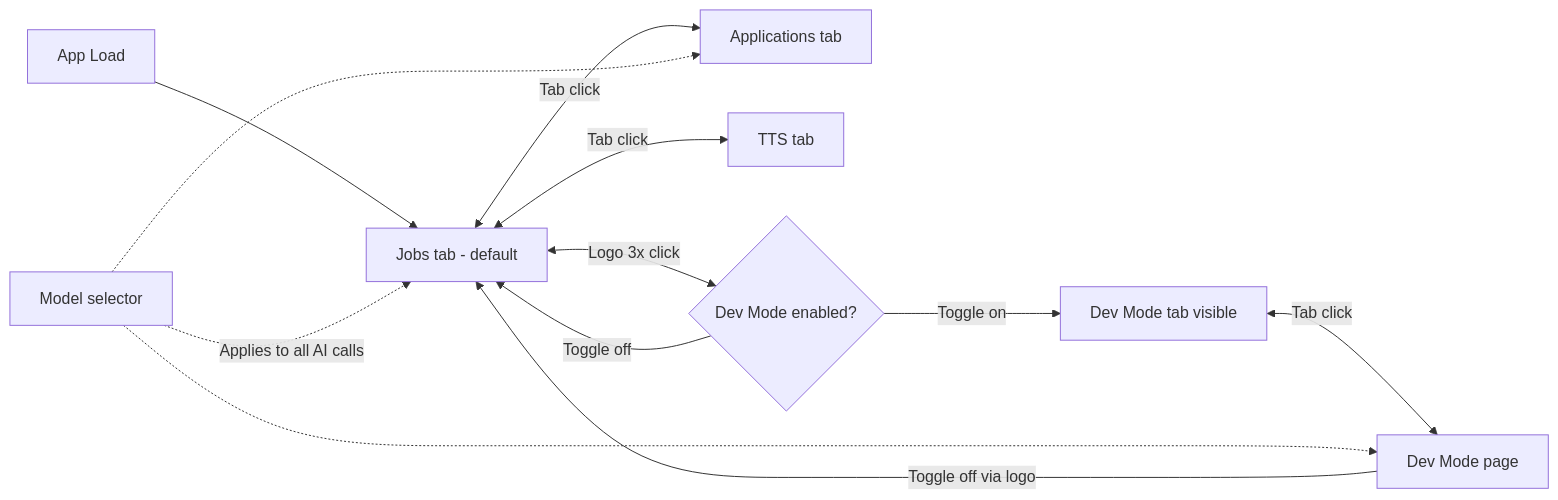
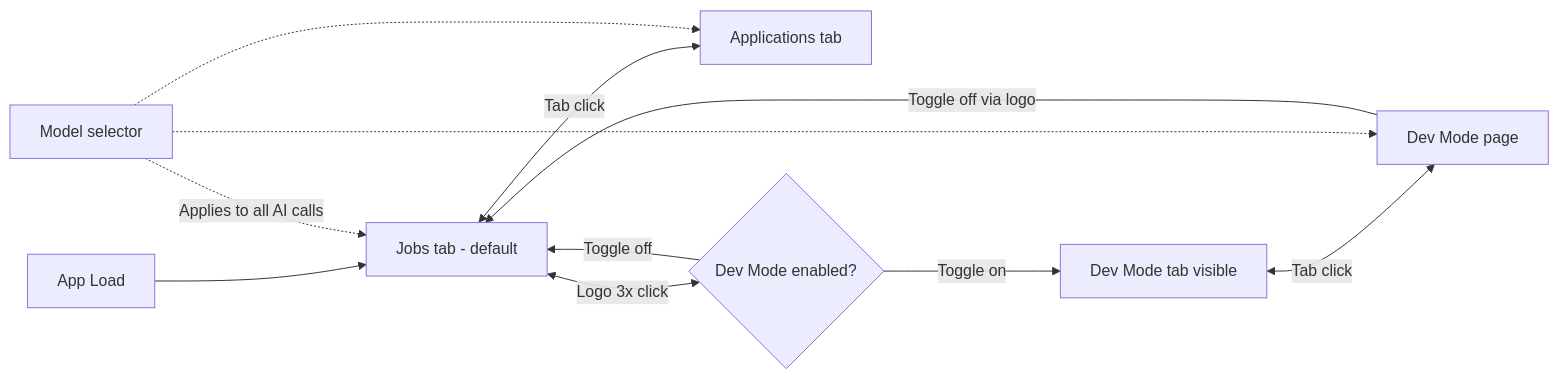
The first of 9 diagrams in UX_FLOW.md (SarthakN/Screening-POC), drawn with Mermaid before and after one commit. The commit also changed other lines of this file and 11 other files, not shown here.

````diff
--- a/UX_FLOW.md
+++ b/UX_FLOW.md
@@ -67,15 +63,14 @@
 ```mermaid
 flowchart LR
     A[App Load] --> B[Jobs tab - default]
     B <-->|Tab click| C[Applications tab]
-    B <-->|Tab click| D[TTS tab]
     B <-->|Logo 3x click| E{Dev Mode enabled?}
     E -->|Toggle on| F[Dev Mode tab visible]
     E -->|Toggle off| B
     F <-->|Tab click| G[Dev Mode page]
     G -->|Toggle off via logo| B
 
     H[Model selector] -.->|Applies to all AI calls| B
     H -.-> C
     H -.-> G
 ```
````
